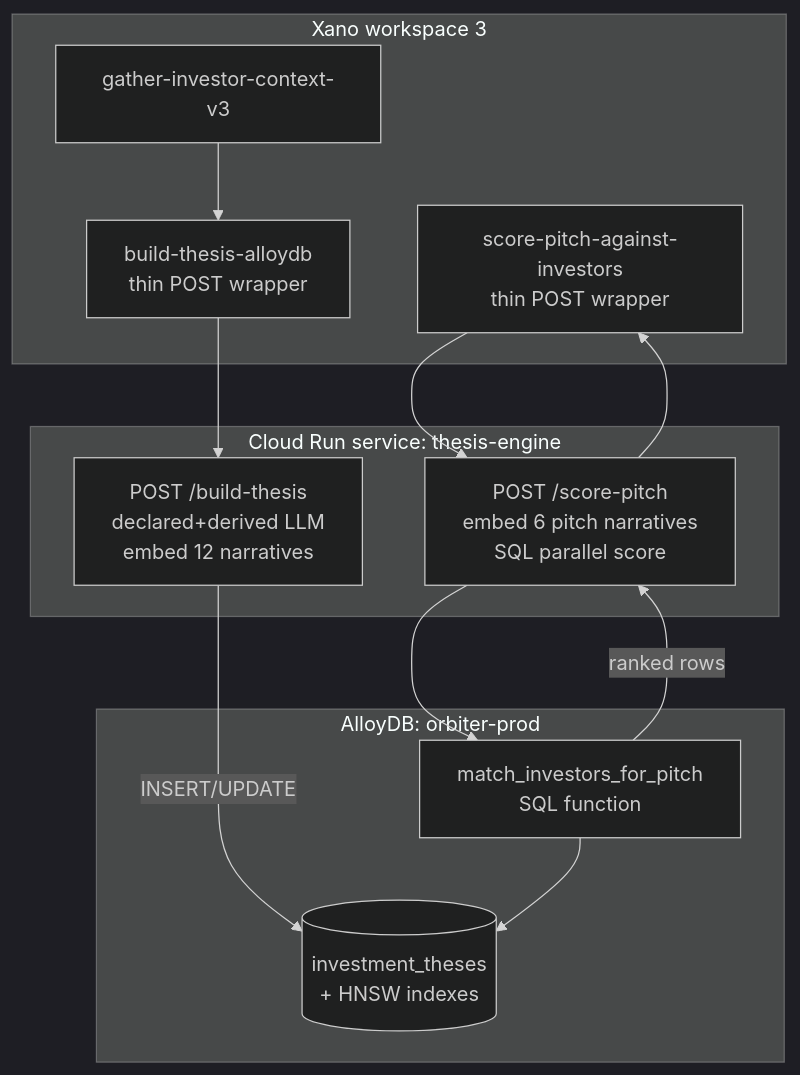
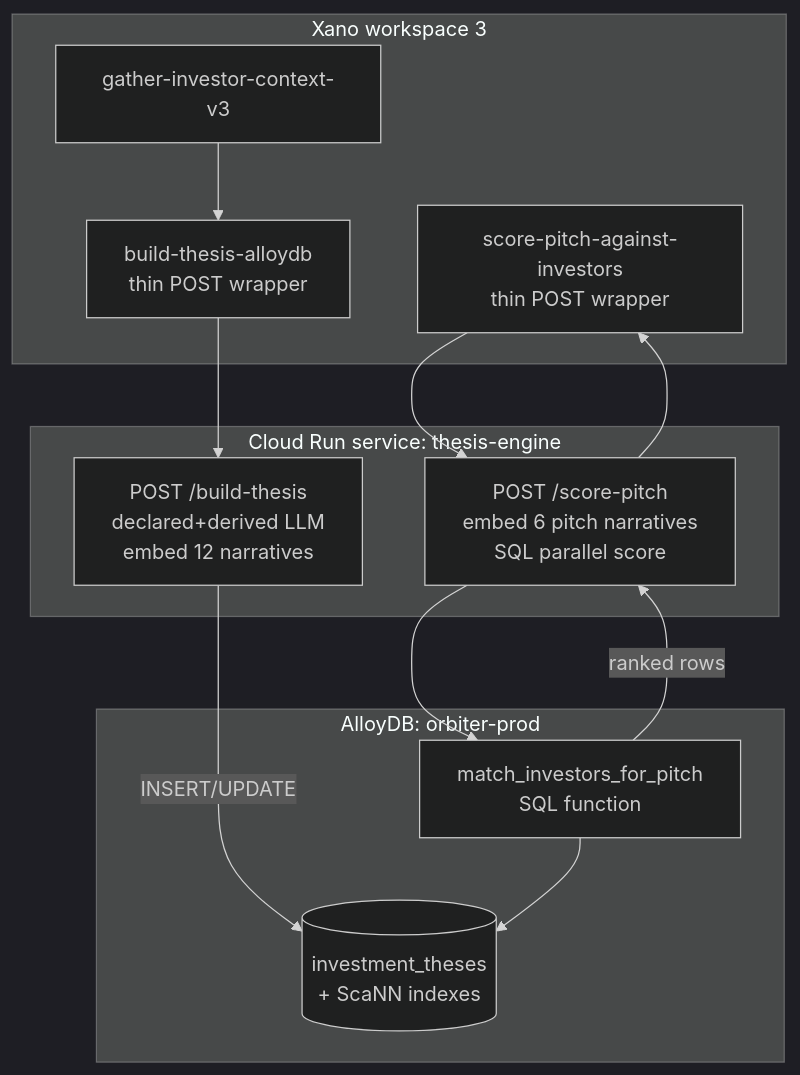
The diagram in guides/open-work/vectors-alloydb/find-investors-engine.mdx (M-Pederson/docs), drawn with Mermaid (dark theme) before and after one commit. The commit also changed other lines of this file and 6 other files, not shown here.

````diff
--- a/guides/open-work/vectors-alloydb/find-investors-engine.mdx
+++ b/guides/open-work/vectors-alloydb/find-investors-engine.mdx
@@ -406,22 +406,22 @@
 ```mermaid
 graph TD
     subgraph Xano [Xano workspace 3]
         A[gather-investor-context-v3]
         B[build-thesis-alloydb<br/>thin POST wrapper]
         P[score-pitch-against-investors<br/>thin POST wrapper]
     end
     subgraph CloudRun [Cloud Run service: thesis-engine]
         L1[POST /build-thesis<br/>declared+derived LLM<br/>embed 12 narratives]
         L2[POST /score-pitch<br/>embed 6 pitch narratives<br/>SQL parallel score]
     end
     subgraph AlloyDB [AlloyDB: orbiter-prod]
-        T[(investment_theses<br/>+ HNSW indexes)]
+        T[(investment_theses<br/>+ ScaNN indexes)]
         F[match_investors_for_pitch<br/>SQL function]
     end
     A --> B --> L1
     L1 -->|INSERT/UPDATE| T
     P --> L2
     L2 --> F
     F --> T
     F -->|ranked rows| L2 --> P
 ```
````
